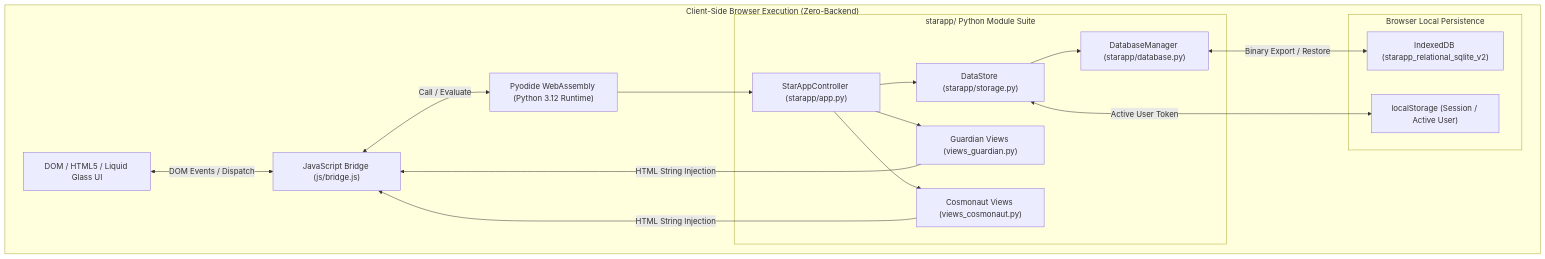
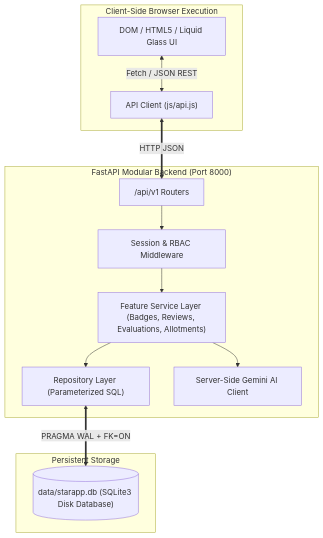
One commit to shivakumarbhandari2003/starapp_demo changed the first of 2 diagrams in README.md. Above: the diagram before and after it, drawn with Mermaid. The commit also changed other lines of this file and 84 other files, not shown here.

Commit message:
FastAPI implemented and architecture

````diff
--- a/README.md
+++ b/README.md
@@ -44,33 +42,27 @@
 ```mermaid
 flowchart TD
-    subgraph Browser ["Client-Side Browser Execution (Zero-Backend)"]
+    subgraph Browser ["Client-Side Browser Execution"]
         UI["DOM / HTML5 / Liquid Glass UI"]
-        Bridge["JavaScript Bridge (js/bridge.js)"]
-        Pyodide["Pyodide WebAssembly (Python 3.12 Runtime)"]
-        
-        subgraph StarAppPython ["starapp/ Python Module Suite"]
-            Controller["StarAppController (starapp/app.py)"]
-            Store["DataStore (starapp/storage.py)"]
-            DB["DatabaseManager (starapp/database.py)"]
-            ViewsG["Guardian Views (views_guardian.py)"]
-            ViewsC["Cosmonaut Views (views_cosmonaut.py)"]
-        end
-        
-        subgraph Persistence ["Browser Local Persistence"]
-            IDB["IndexedDB (starapp_relational_sqlite_v2)"]
-            LS["localStorage (Session / Active User)"]
-        end
+        API_Client["API Client (js/api.js)"]
     end
 
-    UI <-->|DOM Events / Dispatch| Bridge
-    Bridge <-->|Call / Evaluate| Pyodide
-    Pyodide --> Controller
-    Controller --> Store
-    Store --> DB
-    DB <-->|Binary Export / Restore| IDB
-    Store <-->|Active User Token| LS
-    Controller --> ViewsG
-    Controller --> ViewsC
-    ViewsG -->|HTML String Injection| Bridge
-    ViewsC -->|HTML String Injection| Bridge
+    subgraph Backend ["FastAPI Modular Backend (Port 8000)"]
+        API_Router["/api/v1 Routers"]
+        Auth_RBAC["Session & RBAC Middleware"]
+        Services["Feature Service Layer (Badges, Reviews, Evaluations, Allotments)"]
+        Repos["Repository Layer (Parameterized SQL)"]
+        GeminiProxy["Server-Side Gemini AI Client"]
+    end
+
+    subgraph Storage ["Persistent Storage"]
+        DB[("data/starapp.db (SQLite3 Disk Database)")]
+    end
+
+    UI <-->|Fetch / JSON REST| API_Client
+    API_Client <==>|HTTP JSON| API_Router
+    API_Router --> Auth_RBAC
+    Auth_RBAC --> Services
+    Services --> GeminiProxy
+    Services --> Repos
+    Repos <==>|PRAGMA WAL + FK=ON| DB
 ```
````
